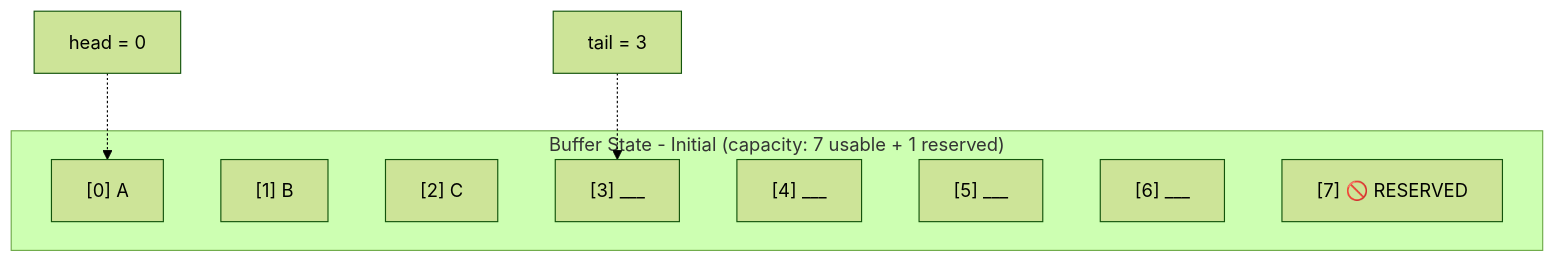
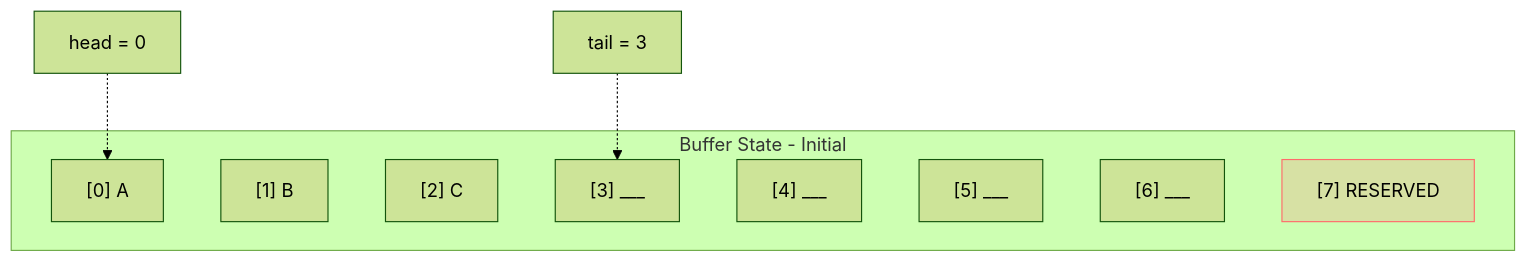
The fifth of 8 diagrams in _posts/2026-01-14-Learning-Multithreading-With-A-Logger.md (Tycro-Games/tycro-games.github.io), drawn with Mermaid (forest theme) before and after one commit. The commit also changed other lines of this file, not shown here.

````diff
--- a/_posts/2026-01-14-Learning-Multithreading-With-A-Logger.md
+++ b/_posts/2026-01-14-Learning-Multithreading-With-A-Logger.md
@@ -503,16 +568,18 @@
 ```mermaid
 flowchart TD
-    subgraph Queue["Buffer State - Initial (capacity: 7 usable + 1 reserved)"]
+    subgraph Queue["Buffer State - Initial"]
         s0["[0] A"]
         s1["[1] B"]
         s2["[2] C"]
         s3["[3] ___"]
         s4["[4] ___"]
         s5["[5] ___"]
         s6["[6] ___"]
-        s7["[7] 🚫 RESERVED"]
+        s7["[7] RESERVED"]
     end
     head["head = 0"] -.-> s0
     tail["tail = 3"] -.-> s3
     
+    style s7 fill:#ff6b6b33,stroke:#ff6b6b
+    
 ```
````
